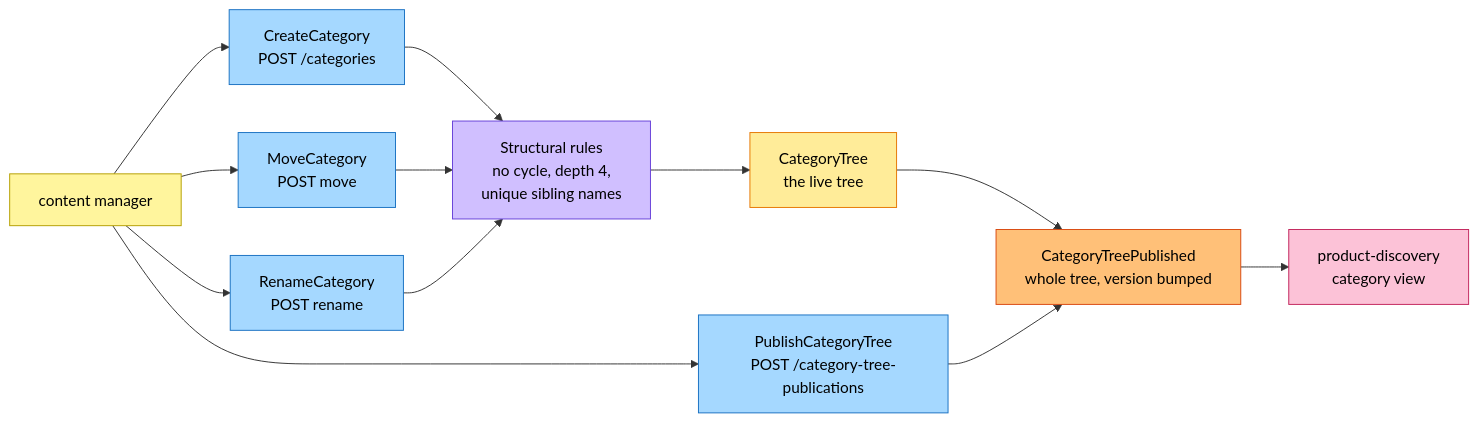
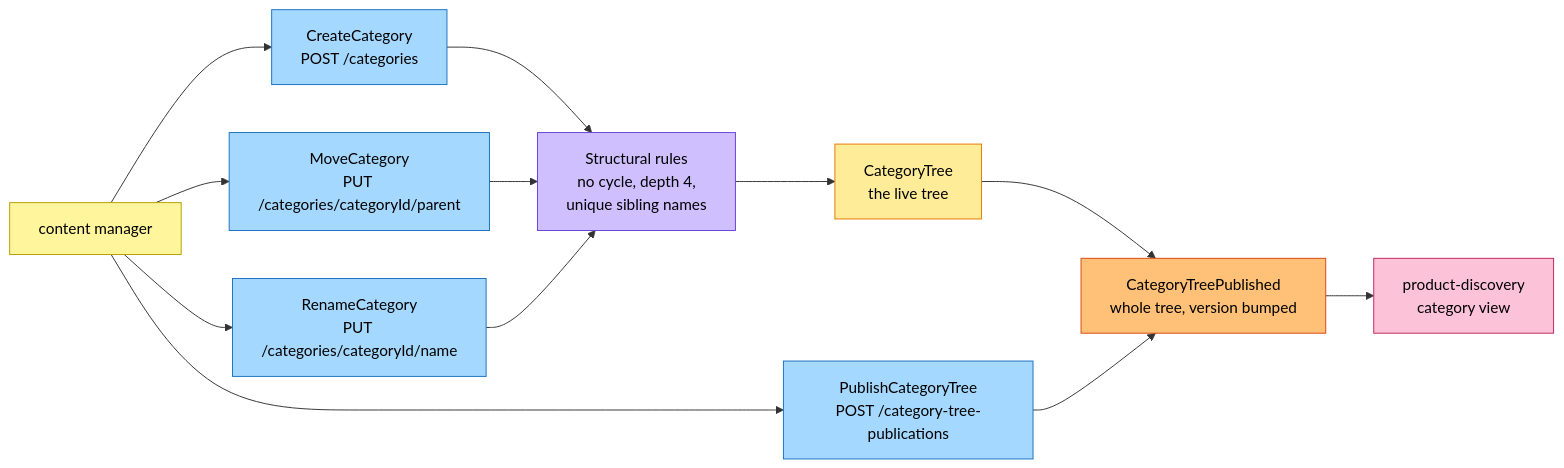
Before and after one commit to IQVO/product-content: the second of 3 diagrams in docs/docs/ddd/eventstorming.md, drawn with Mermaid. The commit also changed other lines of this file, not shown here.

````diff
--- a/docs/docs/ddd/eventstorming.md
+++ b/docs/docs/ddd/eventstorming.md
@@ -73,26 +73,26 @@
 ```mermaid
 flowchart LR
     CM["content manager"]:::actor
     C1["CreateCategory<br/>POST /categories"]:::command
-    C2["MoveCategory<br/>POST move"]:::command
-    C3["RenameCategory<br/>POST rename"]:::command
+    C2["MoveCategory<br/>PUT /categories/categoryId/parent"]:::command
+    C3["RenameCategory<br/>PUT /categories/categoryId/name"]:::command
     G2["CategoryTree<br/>the live tree"]:::aggregate
     P2["Structural rules<br/>no cycle, depth 4,<br/>unique sibling names"]:::policy
     C4["PublishCategoryTree<br/>POST /category-tree-publications"]:::command
     E2["CategoryTreePublished<br/>whole tree, version bumped"]:::event
     PD["product-discovery<br/>category view"]:::external
 
     CM --> C1 --> P2
     CM --> C2 --> P2
     CM --> C3 --> P2
     P2 --> G2 --> E2
     CM --> C4 --> E2
     E2 --> PD
 
     classDef actor fill:#fff59d,stroke:#b59f00,color:#000
     classDef command fill:#a5d8ff,stroke:#1971c2,color:#000
     classDef aggregate fill:#ffec99,stroke:#e67700,color:#000
     classDef event fill:#ffc078,stroke:#d9480f,color:#000
     classDef policy fill:#d0bfff,stroke:#6741d9,color:#000
     classDef external fill:#fcc2d7,stroke:#c2255c,color:#000
 ```
````
